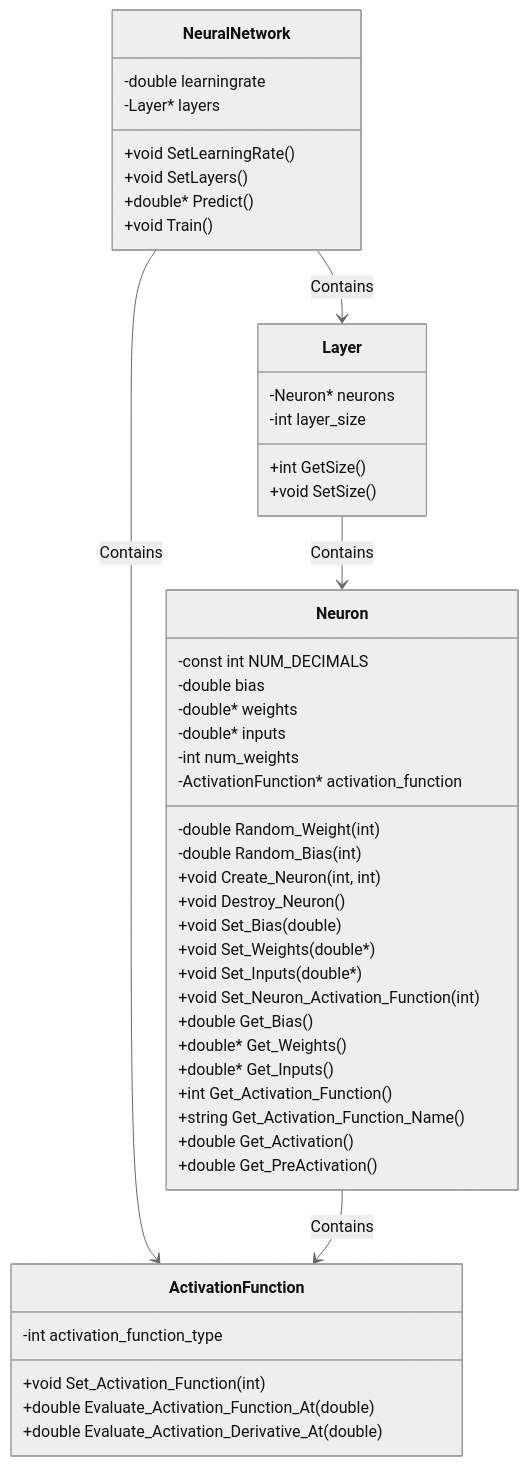
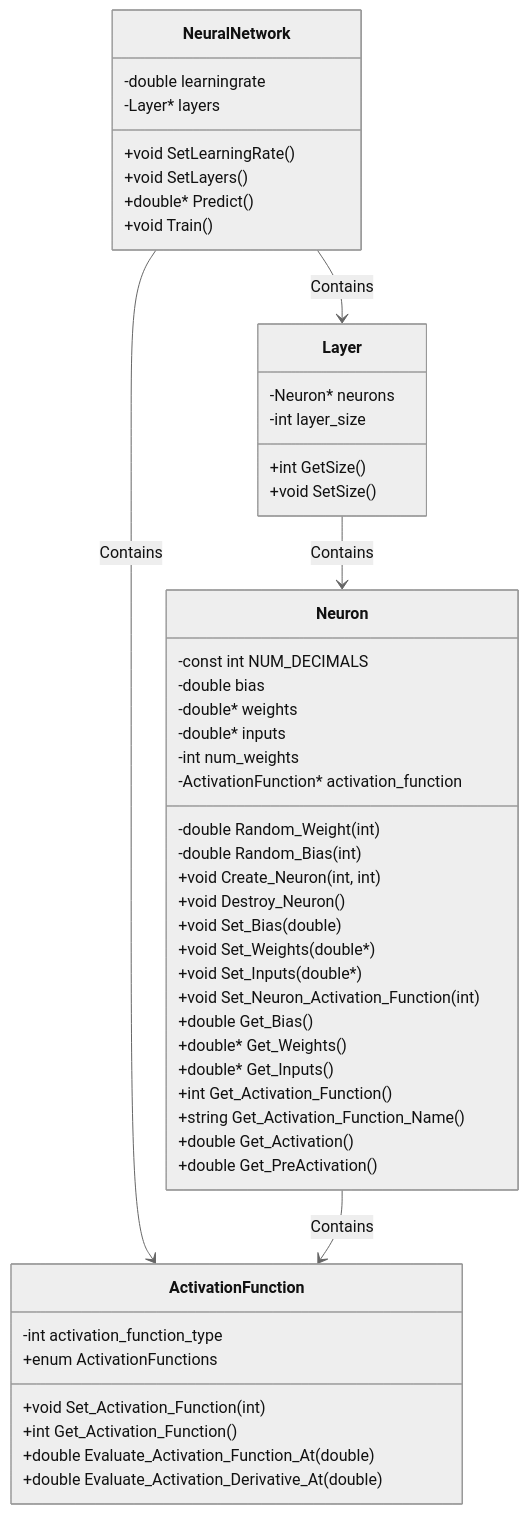
Before and after one commit to Juan-Smith/Nabla: the diagram in Resources/Images/classBasicsNabla.md, drawn with Mermaid (neutral theme). The commit also changed 1 other file, not shown here.

Commit message:
Updated Class Basics

````diff
--- a/Resources/Images/classBasicsNabla.md
+++ b/Resources/Images/classBasicsNabla.md
@@ -1,58 +1,60 @@
 ```mermaid
  classDiagram
       
       NeuralNetwork --> Layer : Contains
       Layer --> Neuron : Contains
       NeuralNetwork --> ActivationFunction : Contains
       Neuron --> ActivationFunction : Contains
       
       class NeuralNetwork{
           -double learningrate
           -Layer* layers
           +void SetLearningRate()
           +void SetLayers()
           +double* Predict()
           +void Train()
       }
       
       class Layer{
           -Neuron* neurons
           -int layer_size
           +int GetSize()
           +void SetSize()
       }
       
       class Neuron{
     -const int NUM_DECIMALS
     -double bias
     -double* weights
     -double* inputs
     -int num_weights
     -double Random_Weight(int)
    -double Random_Bias(int)
     -ActivationFunction* activation_function
    
     +void Create_Neuron(int, int)
     +void Destroy_Neuron()
     +void Set_Bias(double)
     +void Set_Weights(double*)
     +void Set_Inputs(double*)
     +void Set_Neuron_Activation_Function(int)
     +double Get_Bias()
     +double* Get_Weights()
     +double* Get_Inputs()
     +int Get_Activation_Function()
     +string Get_Activation_Function_Name()
     +double Get_Activation()
     +double Get_PreActivation()
 	  }
       
       
       class ActivationFunction{
-          -int activation_function_type
-          +void Set_Activation_Function(int)
-          +double Evaluate_Activation_Function_At(double)
-          +double Evaluate_Activation_Derivative_At(double)
+        -int activation_function_type
+        +enum ActivationFunctions
+        +void Set_Activation_Function(int)
+        +int Get_Activation_Function()
+        +double Evaluate_Activation_Function_At(double)
+        +double Evaluate_Activation_Derivative_At(double)
       }
       
 ```
````
